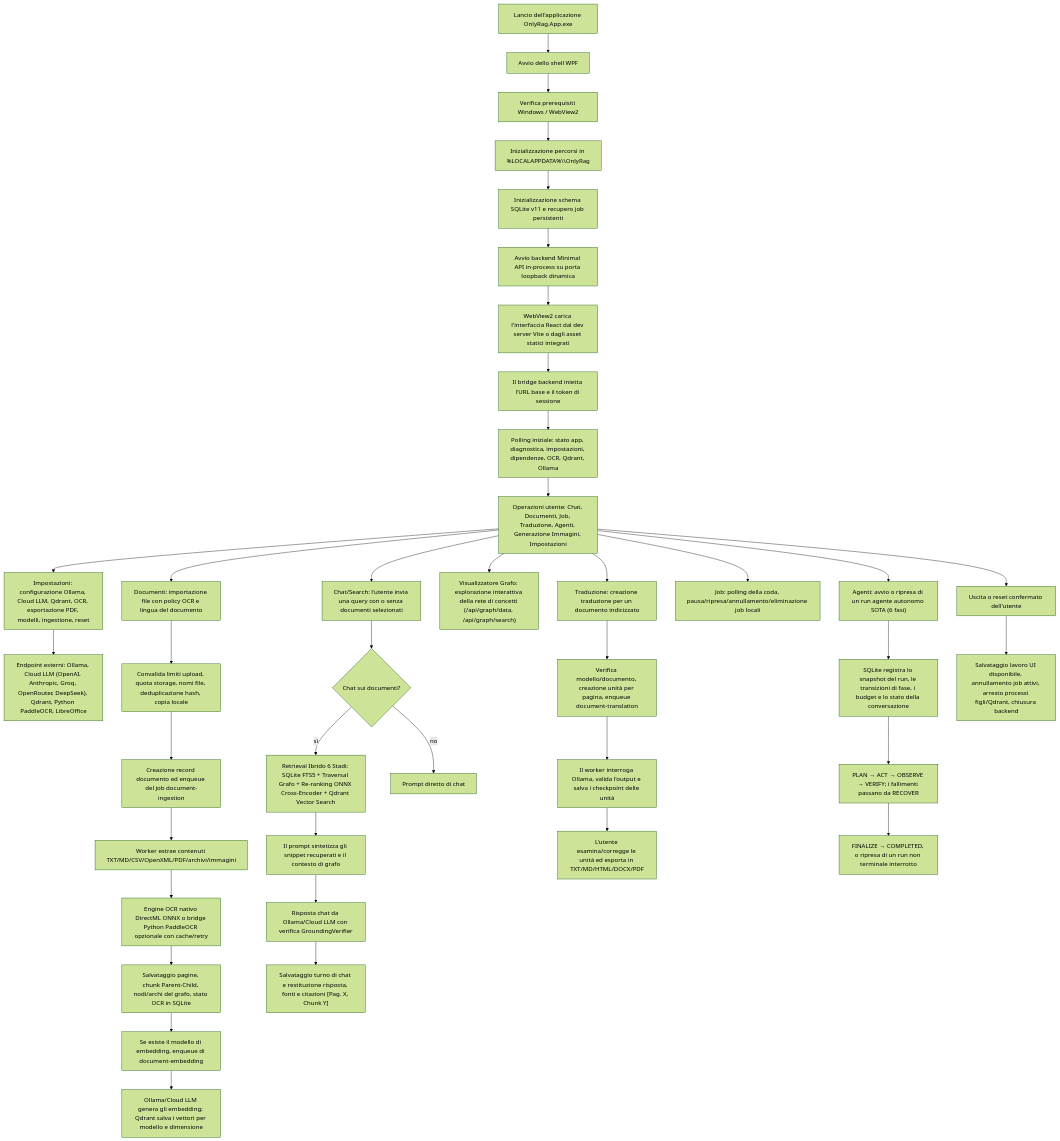
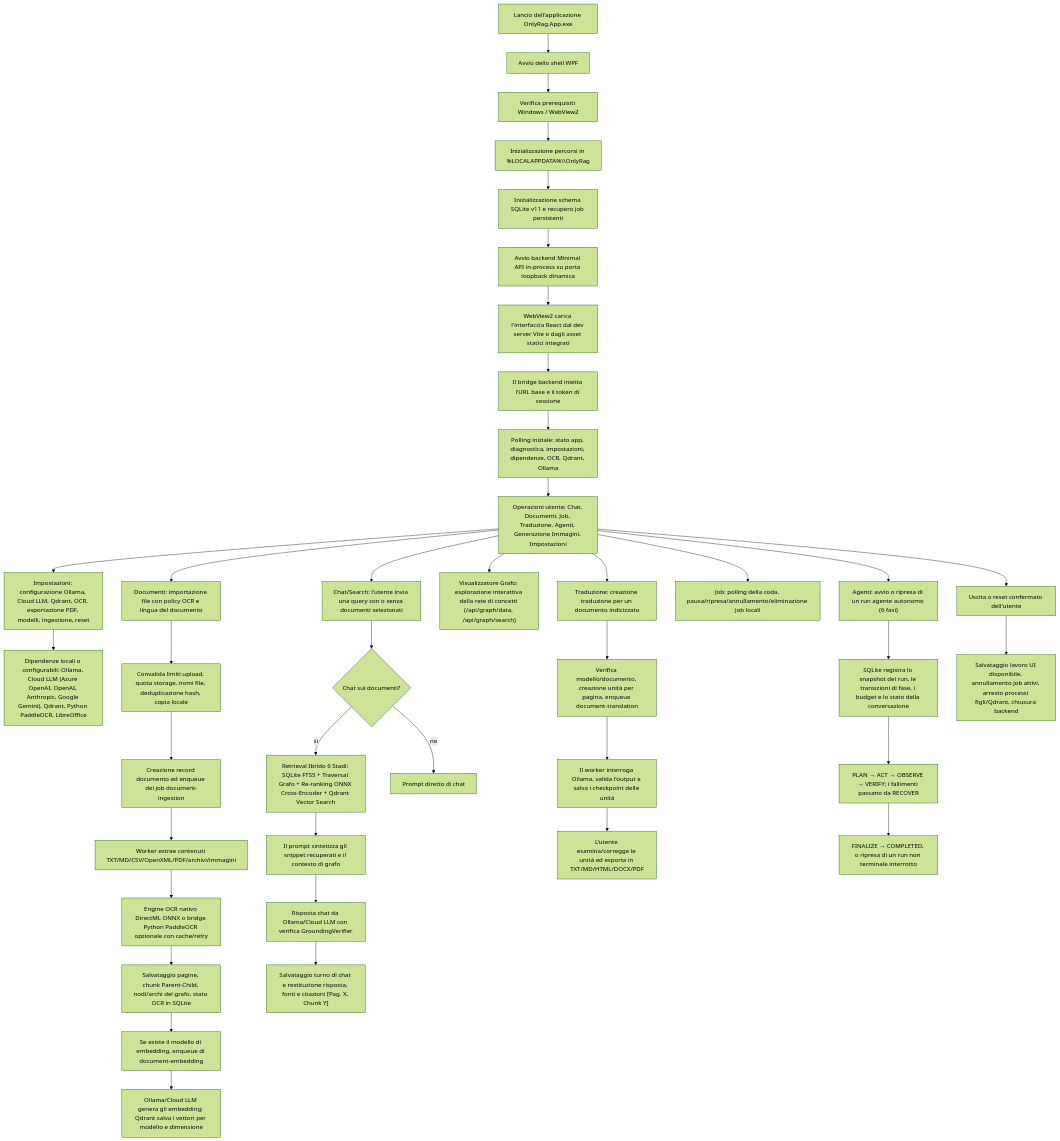
One commit to dennidalpos/OnlyRag changed the diagram in docs/APP_FLOW.md. Above: the diagram before and after it, drawn with Mermaid (forest theme). The commit also changed other lines of this file and 54 other files, not shown here.

````diff
--- a/docs/APP_FLOW.md
+++ b/docs/APP_FLOW.md
@@ -5,47 +5,47 @@
 ```mermaid
 flowchart TD
     A["Lancio dell'applicazione OnlyRag.App.exe"] --> B["Avvio dello shell WPF"]
     B --> C["Verifica prerequisiti Windows / WebView2"]
     C --> D["Inizializzazione percorsi in %LOCALAPPDATA%\\OnlyRag"]
     D --> E["Inizializzazione schema SQLite v11 e recupero job persistenti"]
     E --> F["Avvio backend Minimal API in-process su porta loopback dinamica"]
     F --> G["WebView2 carica l'interfaccia React dal dev server Vite o dagli asset statici integrati"]
     G --> H["Il bridge backend inietta l'URL base e il token di sessione"]
     H --> I["Polling iniziale: stato app, diagnostica, impostazioni, dipendenze, OCR, Qdrant, Ollama"]
     I --> J["Operazioni utente: Chat, Documenti, Job, Traduzione, Agenti, Generazione Immagini, Impostazioni"]
 
     J --> K["Impostazioni: configurazione Ollama, Cloud LLM, Qdrant, OCR, esportazione PDF, modelli, ingestione, reset"]
-    K --> L["Endpoint esterni: Ollama, Cloud LLM (OpenAI, Anthropic, Groq, OpenRouter, DeepSeek), Qdrant, Python PaddleOCR, LibreOffice"]
+    K --> L["Dipendenze locali o configurabili: Ollama, Cloud LLM (Azure OpenAI, OpenAI, Anthropic, Google Gemini), Qdrant, Python PaddleOCR, LibreOffice"]
 
     J --> M["Documenti: importazione file con policy OCR e lingua del documento"]
     M --> N["Convalida limiti upload, quota storage, nomi file, deduplicazione hash, copia locale"]
     N --> O["Creazione record documento ed enqueue del job document-ingestion"]
     O --> P["Worker estrae contenuti TXT/MD/CSV/OpenXML/PDF/archivi/immagini"]
     P --> Q["Engine OCR nativo DirectML ONNX o bridge Python PaddleOCR opzionale con cache/retry"]
     Q --> R["Salvataggio pagine, chunk Parent-Child, nodi/archi del grafo, stato OCR in SQLite"]
     R --> S["Se esiste il modello di embedding, enqueue di document-embedding"]
     S --> T["Ollama/Cloud LLM genera gli embedding; Qdrant salva i vettori per modello e dimensione"]
 
     J --> U["Chat/Search: l'utente invia una query con o senza documenti selezionati"]
     U --> V{"Chat sui documenti?"}
     V -->|sì| W["Retrieval Ibrido 6 Stadi: SQLite FTS5 + Traversal Grafo + Re-ranking ONNX Cross-Encoder + Qdrant Vector Search"]
     W --> X["Il prompt sintetizza gli snippet recuperati e il contesto di grafo"]
     V -->|no| Y["Prompt diretto di chat"]
     X --> Z["Risposta chat da Ollama/Cloud LLM con verifica GroundingVerifier"]
     Z --> AA["Salvataggio turno di chat e restituzione risposta, fonti e citazioni [Pag. X, Chunk Y]"]
 
     J --> GV["Visualizzatore Grafo: esplorazione interattiva della rete di concetti (/api/graph/data, /api/graph/search)"]
 
     J --> AB["Traduzione: creazione traduzione per un documento indicizzato"]
     AB --> AC["Verifica modello/documento, creazione unità per pagina, enqueue document-translation"]
     AC --> AD["Il worker interroga Ollama, valida l'output e salva i checkpoint delle unità"]
     AD --> AE["L'utente esamina/corregge le unità ed esporta in TXT/MD/HTML/DOCX/PDF"]
 
     J --> AF["Job: polling della coda, pausa/ripresa/annullamento/eliminazione job locali"]
-    J --> AI["Agenti: avvio o ripresa di un run agente autonomo SOTA (6 fasi)"]
+    J --> AI["Agenti: avvio o ripresa di un run agente autonomo (6 fasi)"]
     AI --> AJ["SQLite registra lo snapshot del run, le transizioni di fase, i budget e lo stato della conversazione"]
     AJ --> AK["PLAN → ACT → OBSERVE → VERIFY; i fallimenti passano da RECOVER"]
     AK --> AL["FINALIZE → COMPLETED, o ripresa di un run non terminale interrotto"]
     J --> AG["Uscita o reset confermato dell'utente"]
     AG --> AH["Salvataggio lavoro UI disponibile, annullamento job attivi, arresto processi figli/Qdrant, chiusura backend"]
 ```
````
